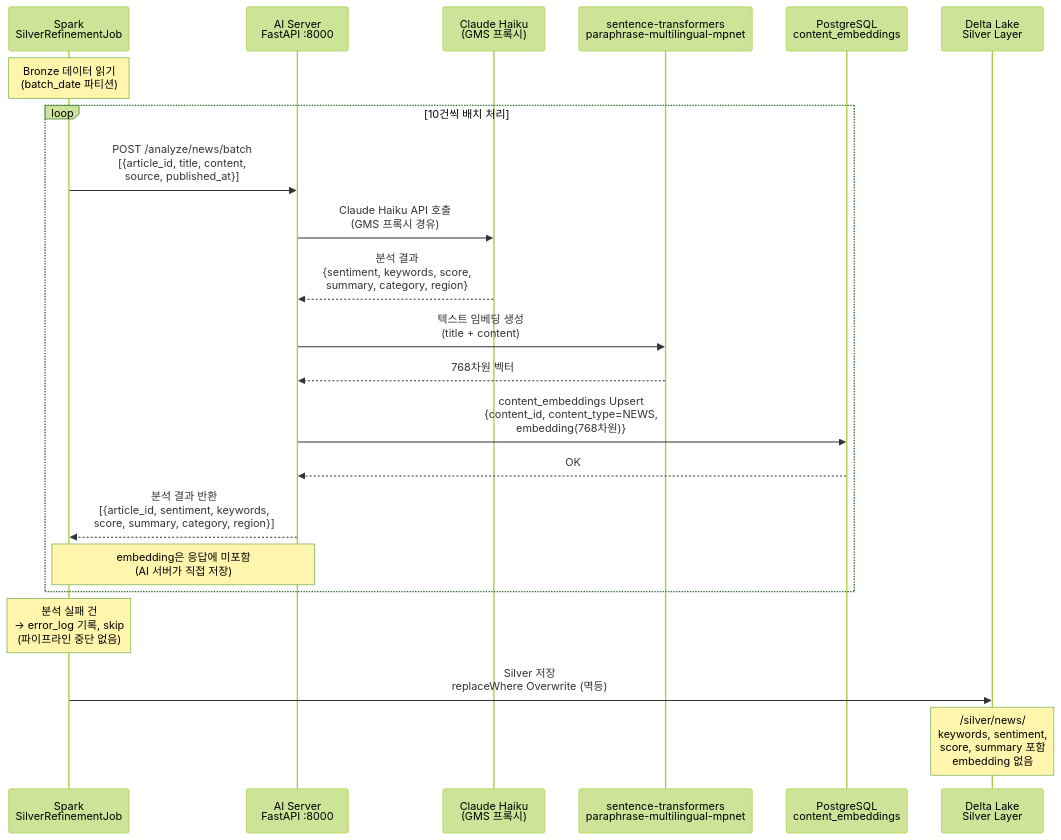
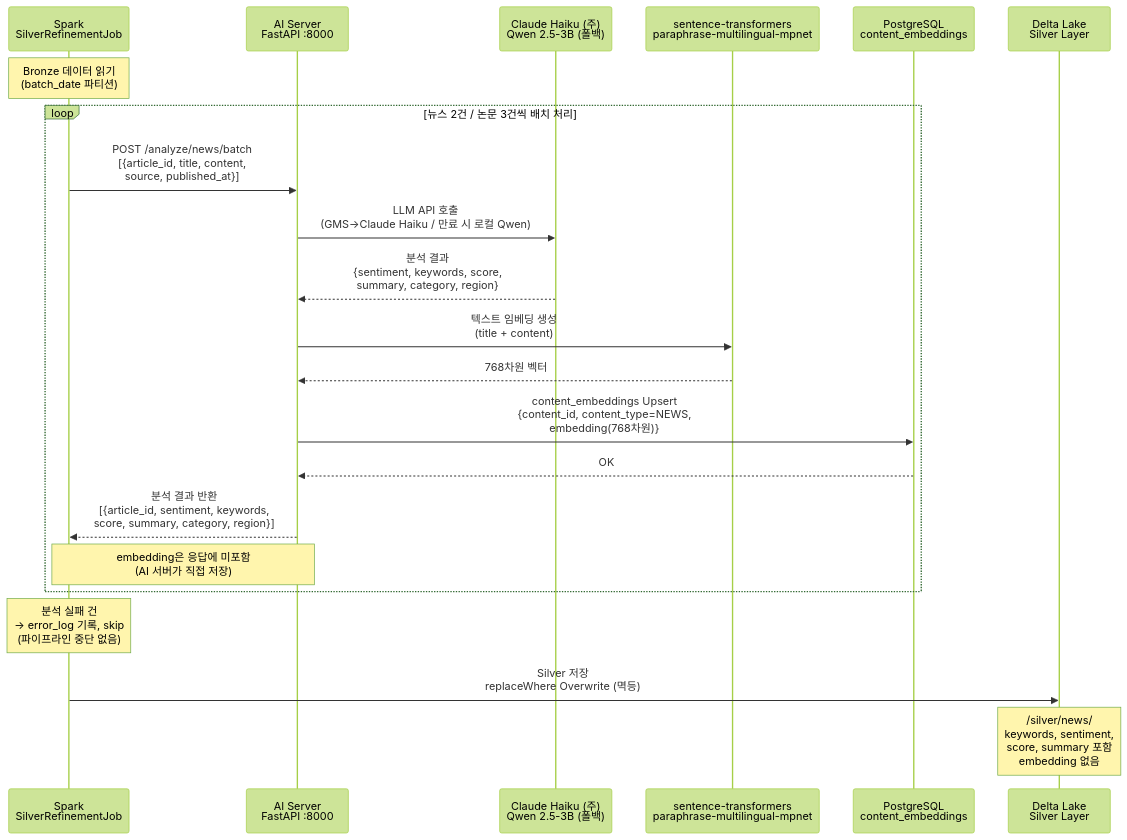
The diagram in docs/diagrams/03_ai_analysis_flow.md (ljy0221/AiRadar), drawn with Mermaid (forest theme) before and after one commit. The commit also changed 3 other files, not shown here.

````diff
--- a/docs/diagrams/03_ai_analysis_flow.md
+++ b/docs/diagrams/03_ai_analysis_flow.md
@@ -3,33 +3,33 @@
 ```mermaid
 sequenceDiagram
     participant SP as Spark<br/>SilverRefinementJob
     participant AI as AI Server<br/>FastAPI :8000
-    participant LLM as Claude Haiku<br/>(GMS 프록시)
+    participant LLM as Claude Haiku (주)<br/>Qwen 2.5-3B (폴백)
     participant EMB as sentence-transformers<br/>paraphrase-multilingual-mpnet
     participant PG as PostgreSQL<br/>content_embeddings
     participant DL as Delta Lake<br/>Silver Layer
 
     Note over SP: Bronze 데이터 읽기<br/>(batch_date 파티션)
 
-    loop 10건씩 배치 처리
+    loop 뉴스 2건 / 논문 3건씩 배치 처리
         SP->>AI: POST /analyze/news/batch<br/>[{article_id, title, content,<br/>source, published_at}]
 
-        AI->>LLM: Claude Haiku API 호출<br/>(GMS 프록시 경유)
+        AI->>LLM: LLM API 호출<br/>(GMS→Claude Haiku / 만료 시 로컬 Qwen)
         LLM-->>AI: 분석 결과<br/>{sentiment, keywords, score,<br/>summary, category, region}
 
         AI->>EMB: 텍스트 임베딩 생성<br/>(title + content)
         EMB-->>AI: 768차원 벡터
 
         AI->>PG: content_embeddings Upsert<br/>{content_id, content_type=NEWS,<br/>embedding(768차원)}
         PG-->>AI: OK
 
         AI-->>SP: 분석 결과 반환<br/>[{article_id, sentiment, keywords,<br/>score, summary, category, region}]
         Note over AI,SP: embedding은 응답에 미포함<br/>(AI 서버가 직접 저장)
     end
 
     Note over SP: 분석 실패 건<br/>→ error_log 기록, skip<br/>(파이프라인 중단 없음)
 
     SP->>DL: Silver 저장<br/>replaceWhere Overwrite (멱등)
 
     Note over DL: /silver/news/<br/>keywords, sentiment,<br/>score, summary 포함<br/>embedding 없음
 ```
````
